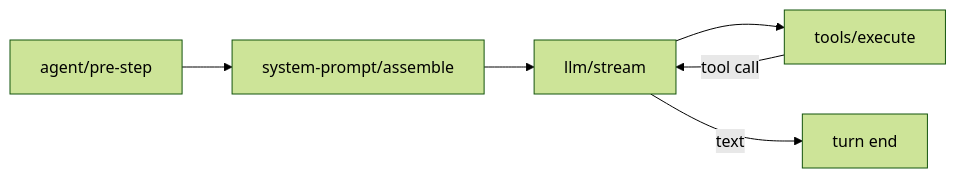
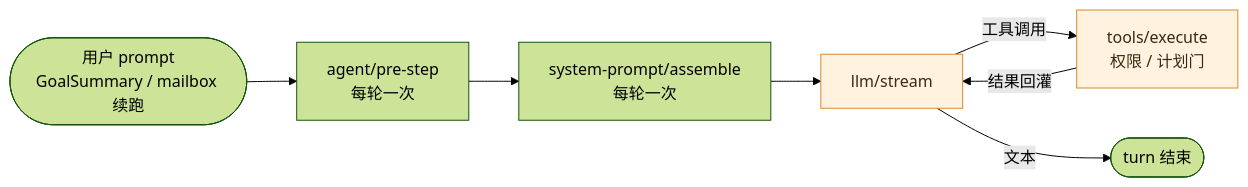
The second of 2 diagrams in README.md (P0lar1ght/dock), drawn with Mermaid (forest theme) before and after one commit. The commit also changed other lines of this file, not shown here.

First line of the commit message:
把 README 架构图改成按控制流分层的 Mermaid。

````diff
--- a/README.md
+++ b/README.md
@@ -138,8 +150,13 @@
 ```mermaid
 flowchart LR
-  pre["agent/pre-step"] --> assemble["system-prompt/assemble"]
-  assemble --> stream["llm/stream"]
-  stream --> exec["tools/execute"]
-  exec -->|"tool call"| stream
-  stream -->|"text"| done["turn end"]
+  start(["用户 prompt<br/>GoalSummary / mailbox 续跑"])
+  start --> pre["agent/pre-step<br/>每轮一次"]
+  pre --> asm["system-prompt/assemble<br/>每轮一次"]
+  asm --> stream["llm/stream"]
+  stream -->|"工具调用"| exec["tools/execute<br/>权限 / 计划门"]
+  exec -->|"结果回灌"| stream
+  stream -->|"文本"| done(["turn 结束"])
+
+  classDef hub fill:#fff3e0,stroke:#d98a2b,color:#3a2a10;
+  class stream,exec hub;
 ```
````
